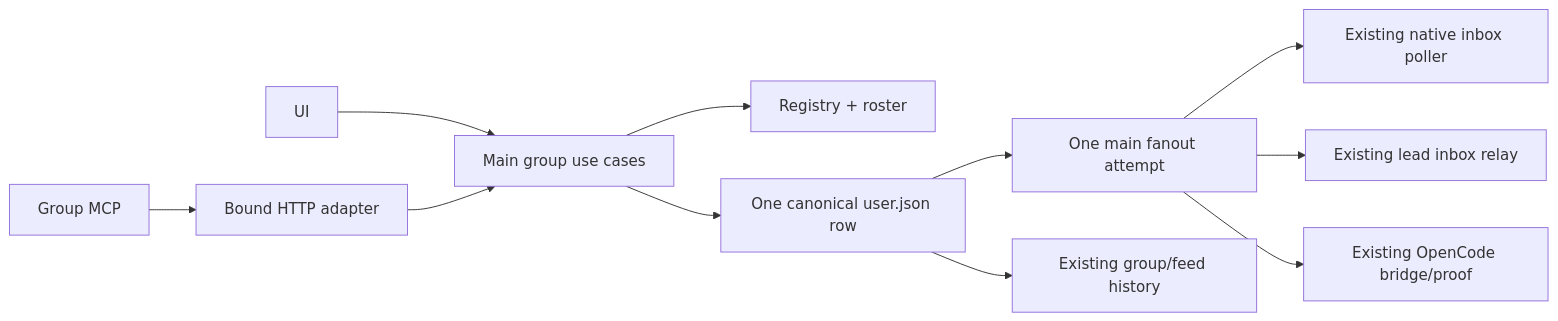
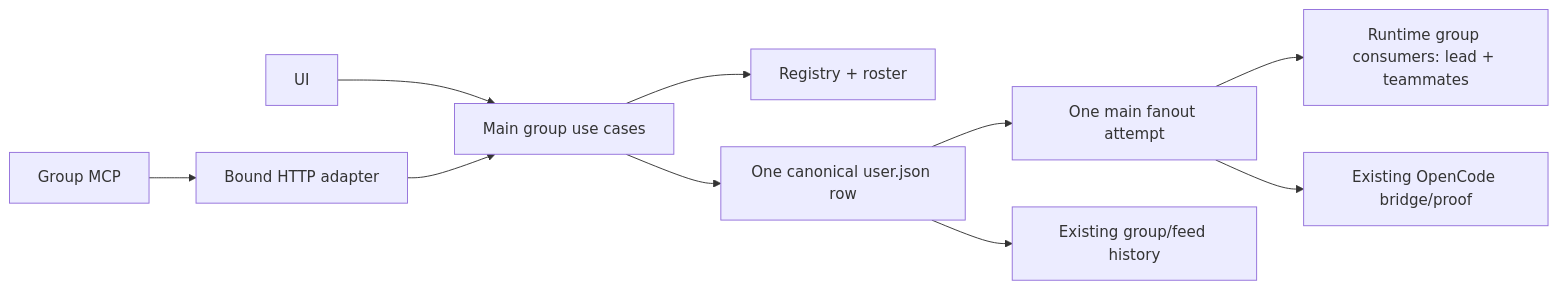
The diagram in docs/research/custom-group-chats-plan-2026-10-09.md (777genius/agent-teams-ai), drawn with Mermaid before and after one commit. The commit also changed other lines of this file and 1 other file, not shown here.

````diff
--- a/docs/research/custom-group-chats-plan-2026-10-09.md
+++ b/docs/research/custom-group-chats-plan-2026-10-09.md
@@ -135,13 +135,12 @@
 ```mermaid
 flowchart LR
   UI[UI] --> APP[Main group use cases]
   MCP[Group MCP] --> HTTP[Bound HTTP adapter]
   HTTP --> APP
   APP --> REG[Registry + roster]
   APP --> CANON[One canonical user.json row]
   CANON --> FAN[One main fanout attempt]
-  FAN --> NATIVE[Existing native inbox poller]
-  FAN --> LEAD[Existing lead inbox relay]
+  FAN --> NATIVE[Runtime group consumers: lead + teammates]
   FAN --> OPEN[Existing OpenCode bridge/proof]
   CANON --> VIEW[Existing group/feed history]
 ```
````
